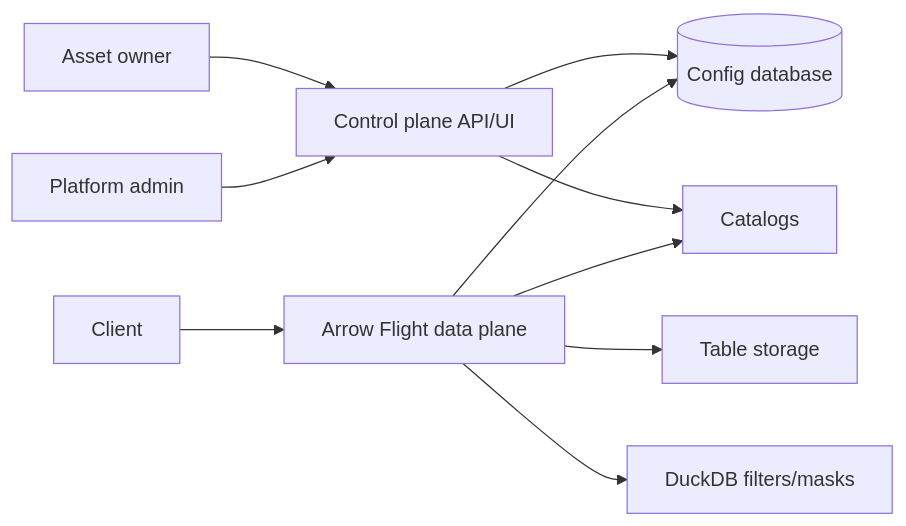
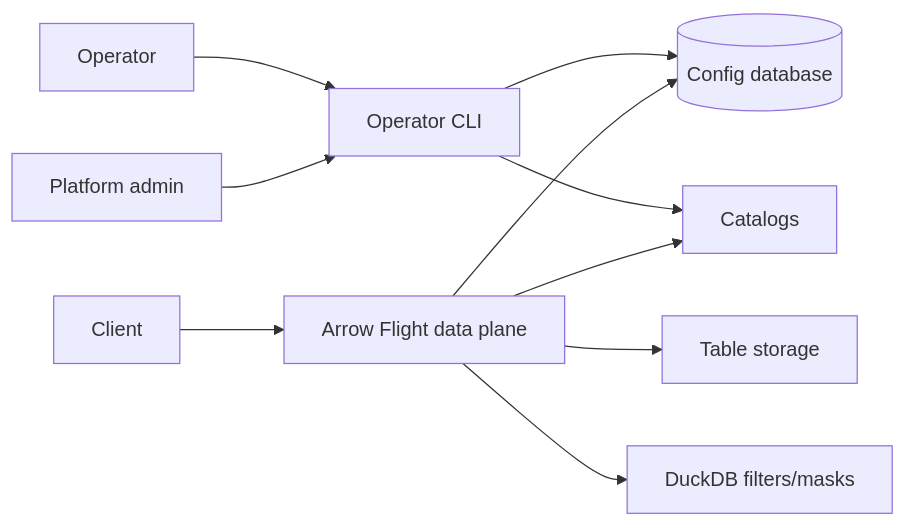
One commit to snithish/dal-obscura changed the diagram in README.md. Above: the diagram before and after it, drawn with Mermaid. The commit also changed other lines of this file and 1 other file, not shown here.

````diff
--- a/README.md
+++ b/README.md
@@ -83,12 +83,12 @@
 ```mermaid
 flowchart LR
-    owner["Asset owner"] --> cp["Control plane API/UI"]
+    owner["Operator"] --> cp["Operator CLI"]
     admin["Platform admin"] --> cp
     cp --> db[("Config database")]
     cp --> catalog["Catalogs"]
     reader["Client"] --> dp["Arrow Flight data plane"]
     dp --> db
     dp --> catalog
     dp --> table["Table storage"]
     dp --> duckdb["DuckDB filters/masks"]
 ```
````
